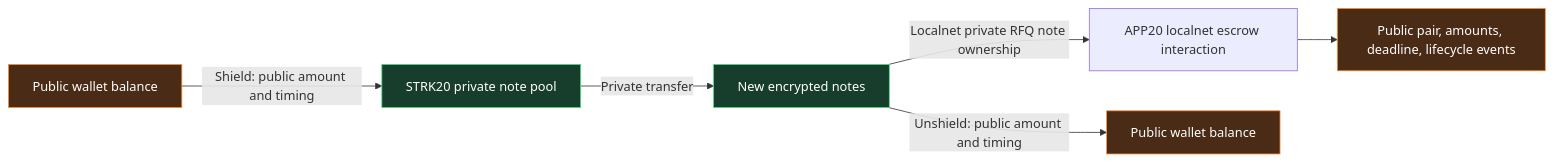
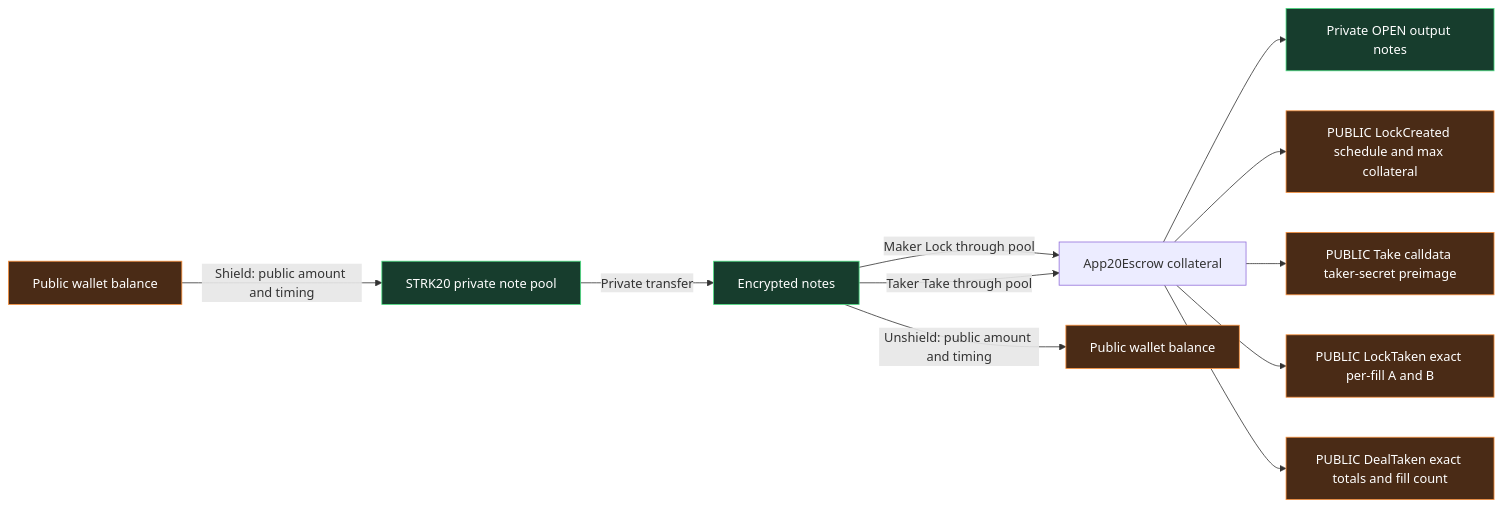
The second of 10 diagrams in docs/APP20_PROCESS_DIAGRAMS.md (gstohl/app20), drawn with Mermaid before and after one commit. The commit also changed other lines of this file and 80 other files, not shown here.

````diff
--- a/docs/APP20_PROCESS_DIAGRAMS.md
+++ b/docs/APP20_PROCESS_DIAGRAMS.md
@@ -38,14 +38,19 @@
 ```mermaid
 flowchart LR
     A[Public wallet balance] -->|Shield: public amount and timing| P[STRK20 private note pool]
-    P -->|Private transfer| Q[New encrypted notes]
-    Q -->|Localnet private RFQ note ownership| E[APP20 localnet escrow interaction]
+    P -->|Private transfer| Q[Encrypted notes]
+    Q -->|Maker Lock through pool| L[App20Escrow collateral]
+    Q -->|Taker Take through pool| L
+    L --> O[Private OPEN output notes]
     Q -->|Unshield: public amount and timing| B[Public wallet balance]
 
-    E --> C[Public pair, amounts, deadline, lifecycle events]
+    L --> C[PUBLIC LockCreated schedule and max collateral]
+    L --> S[PUBLIC Take calldata taker-secret preimage]
+    L --> F[PUBLIC LockTaken exact per-fill A and B]
+    L --> D[PUBLIC DealTaken exact totals and fill count]
 
     classDef private fill:#173d2d,stroke:#4ade80,color:#ffffff;
     classDef public fill:#4a2b16,stroke:#fb923c,color:#ffffff;
-    class P,Q private;
-    class A,B,C public;
+    class P,Q,O private;
+    class A,B,C,S,F,D public;
 ```
````
